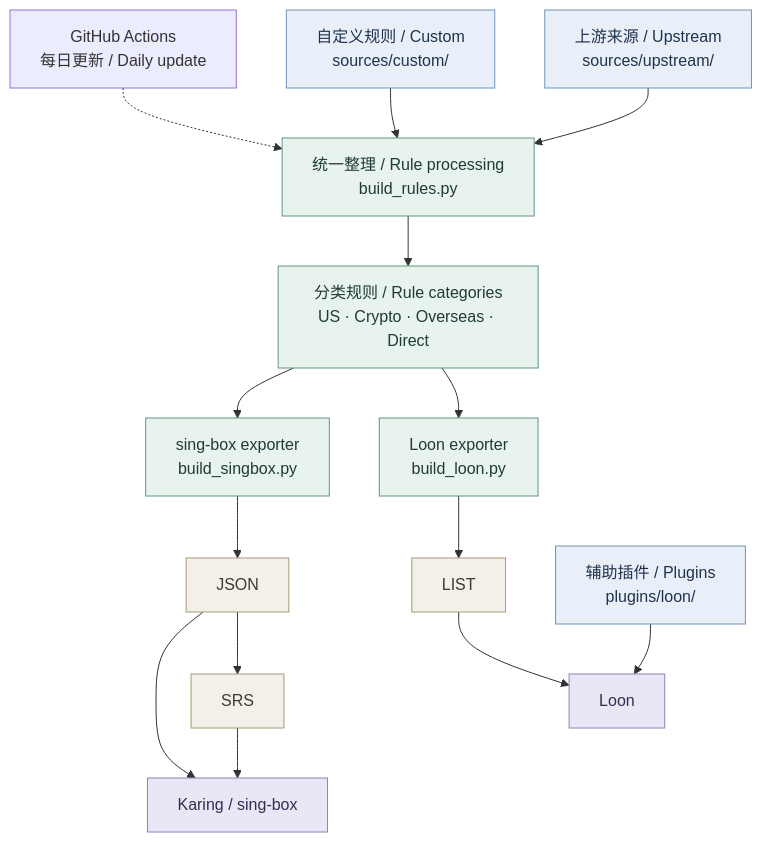
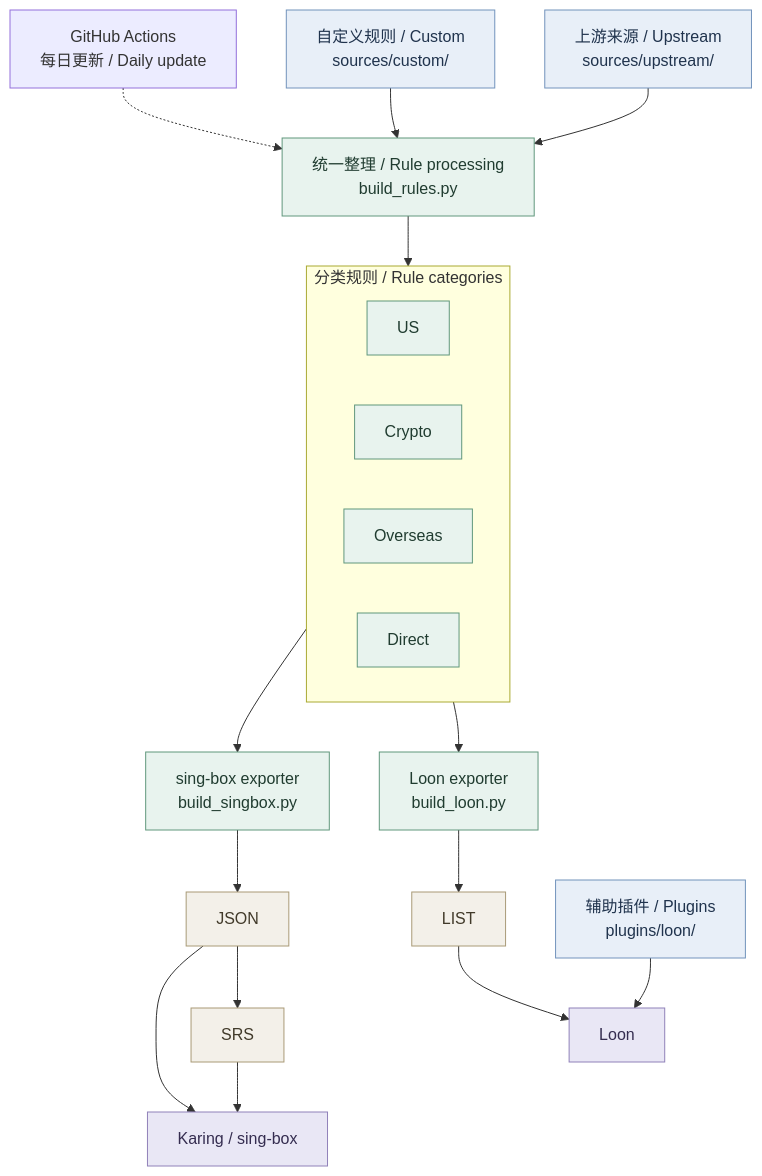
The diagram in README.md (GFStillpoint/RoutingRules), drawn with Mermaid before and after one commit.

Commit message:
Show rule categories as four distinct parallel nodes

````diff
--- a/README.md
+++ b/README.md
@@ -11,24 +11,31 @@
 ```mermaid
 flowchart TD
     A["上游来源 / Upstream<br/>sources/upstream/"] --> C
     B["自定义规则 / Custom<br/>sources/custom/"] --> C
-    C["统一整理 / Rule processing<br/>build_rules.py"] --> D["分类规则 / Rule categories<br/>US · Crypto · Overseas · Direct"]
+    C["统一整理 / Rule processing<br/>build_rules.py"] --> D
+    subgraph D["分类规则 / Rule categories"]
+        direction LR
+        US["US"]
+        CR["Crypto"]
+        OS["Overseas"]
+        DI["Direct"]
+    end
     D --> E["Loon exporter<br/>build_loon.py"]
     D --> F["sing-box exporter<br/>build_singbox.py"]
     E --> G["LIST"]
     F --> H["JSON"]
     H --> I["SRS"]
     G --> J["Loon"]
     H --> K["Karing / sing-box"]
     I --> K
     P["辅助插件 / Plugins<br/>plugins/loon/"] --> J
     W["GitHub Actions<br/>每日更新 / Daily update"] -.-> C
     classDef source fill:#e8eff8,stroke:#7293bc,color:#20334d
     classDef process fill:#e8f3ee,stroke:#61977d,color:#203c30
     classDef format fill:#f3f0e9,stroke:#a99a77,color:#413a2a
     classDef client fill:#e9e7f5,stroke:#9081b9,color:#352d50
     class A,B,P source
-    class C,D,E,F process
+    class C,US,CR,OS,DI,E,F process
     class G,H,I format
     class J,K client
 ```
````
